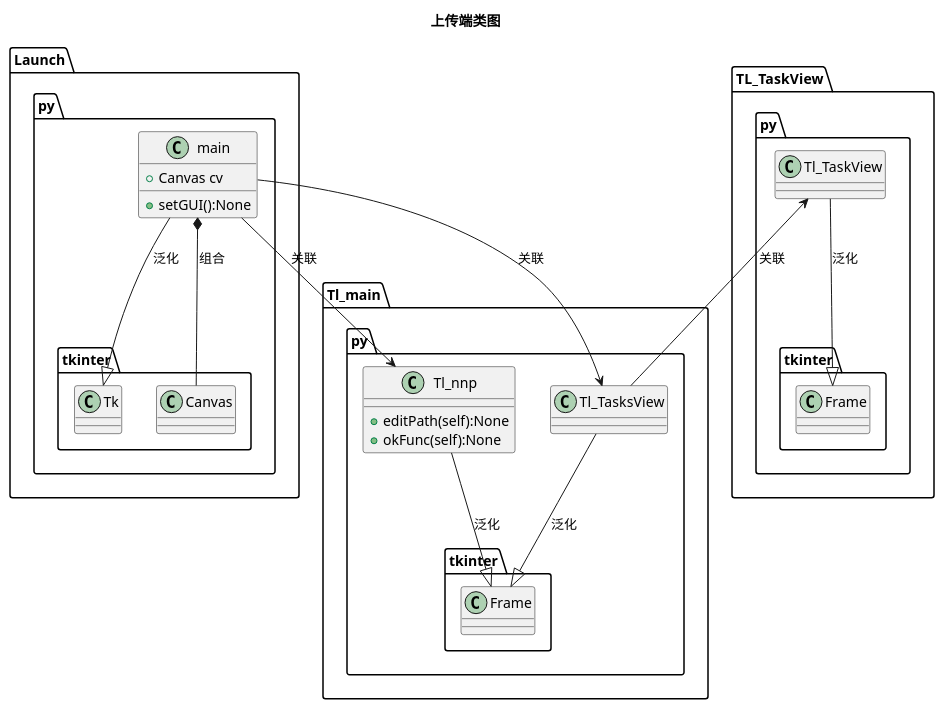
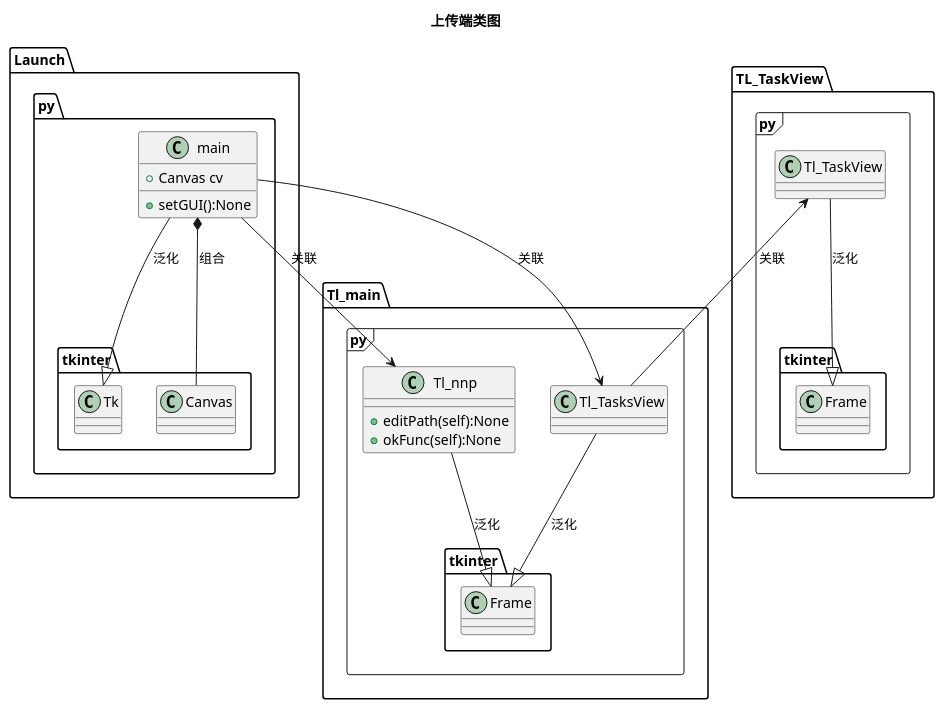
Before and after one commit to lmq624/Tools-for-students: the diagram in 上传端/上传端类图.iuml, drawn with PlantUML. The commit also changed 7 other files, not shown here.

```diff
--- a/上传端/上传端类图.iuml
+++ b/上传端/上传端类图.iuml
@@ -1,32 +1,32 @@
 @startuml  
 
 title:上传端类图
 
 package "Launch.py"{
     main : +Canvas cv
     main : +setGUI():None
 
     main --|> tkinter.Tk : 泛化
     main *-- tkinter.Canvas : 组合
 }
 
-package "Tl_main.py"{
+package "Tl_main.py" <<Frame>> {
     Tl_nnp : +editPath(self):None
     Tl_nnp : +okFunc(self):None
     
     Tl_TasksView --|> tkinter.Frame : 泛化
     Tl_nnp --|> tkinter.Frame : 泛化
 
     main -> Tl_TasksView: 关联
     main --> Tl_nnp: 关联
 }
 
-package "TL_TaskView.py"{
+package "TL_TaskView.py" <<Frame>> {
     Tl_TaskView <-- Tl_TasksView:关联
     Tl_TaskView --|> tkinter.Frame : 泛化
 
 }
 
 
 
 @enduml
```
